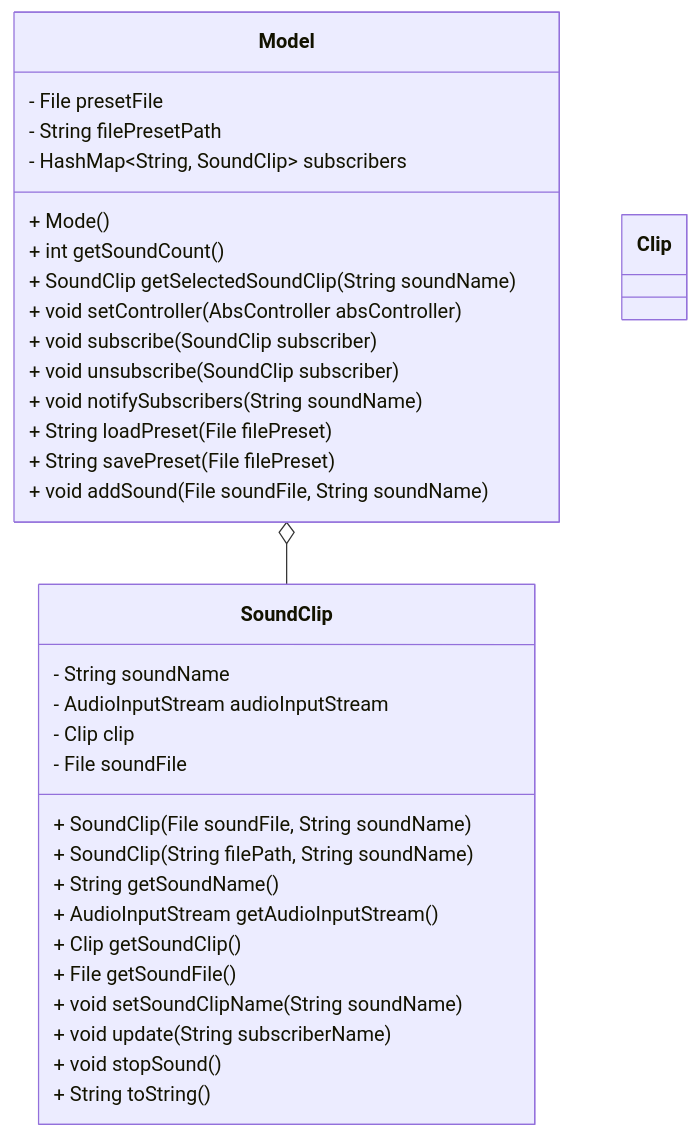
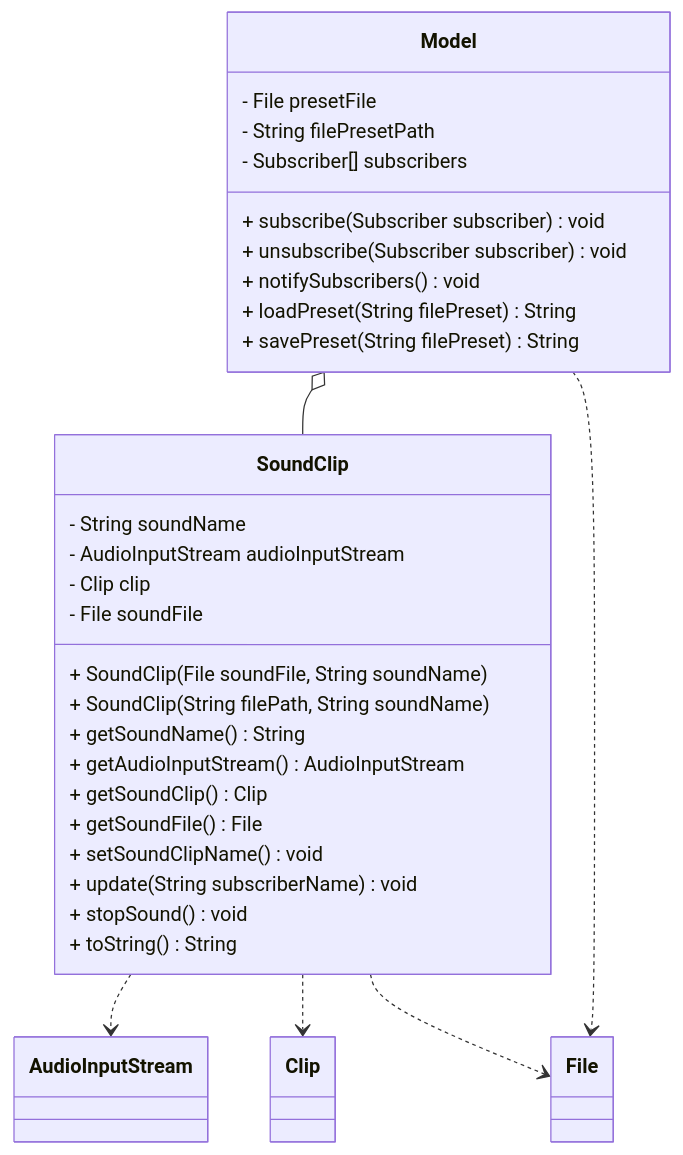
One commit to rvare/JSoundBoard changed the first of 2 diagrams in docs/development_documentation.md. Above: the diagram before and after it, drawn with Mermaid. The commit also changed other lines of this file, not shown here.

Commit message:
Refined UML class diagram for the Model class, and created a UML diagram for the View class and its associated classes.

````diff
--- a/docs/development_documentation.md
+++ b/docs/development_documentation.md
@@ -49,40 +49,36 @@
 ```mermaid
 classDiagram
 
 class Model {
 	- File presetFile
 	- String filePresetPath
-	- HashMap~String, SoundClip~ subscribers
-    + Mode()
-    + int getSoundCount()
-    + SoundClip getSelectedSoundClip(String soundName)
-    + void setController(AbsController absController)
-	+ void subscribe(SoundClip subscriber)
-	+ void unsubscribe(SoundClip subscriber)
-	+ void notifySubscribers(String soundName)
-	+ String loadPreset(File filePreset)
-	+ String savePreset(File filePreset)
-    + void addSound(File soundFile, String soundName)
+	- Subscriber[] subscribers
+	+ subscribe(Subscriber subscriber) void
+	+ unsubscribe(Subscriber subscriber) void
+	+ notifySubscribers() void
+	+ loadPreset(String filePreset) String
+	+ savePreset(String filePreset) String
 }
-
-class Clip
-
 class SoundClip {
-    - String soundName
-    - AudioInputStream audioInputStream
-    - Clip clip
-    - File soundFile
-    + SoundClip(File soundFile, String soundName)
-    + SoundClip(String filePath, String soundName)
-    + String getSoundName()
-    + AudioInputStream getAudioInputStream()
-    + Clip getSoundClip()
-    + File getSoundFile()
-    + void setSoundClipName(String soundName)
-    + void update(String subscriberName)
-    + void stopSound()
-    + String toString()
+	- String soundName
+	- AudioInputStream audioInputStream
+	- Clip clip
+	- File soundFile
+	+ SoundClip(File soundFile, String soundName)
+	+ SoundClip(String filePath, String soundName)
+	+ getSoundName() String
+	+ getAudioInputStream() AudioInputStream
+	+ getSoundClip() Clip
+	+ getSoundFile() File
+	+ setSoundClipName() void
+	+ update(String subscriberName) void
+	+ stopSound() void
+	+ toString() String
 }
 
 Model o-- SoundClip
+Model ..> File
+SoundClip ..> AudioInputStream
+SoundClip ..> Clip
+SoundClip ..> File
 ```
````
